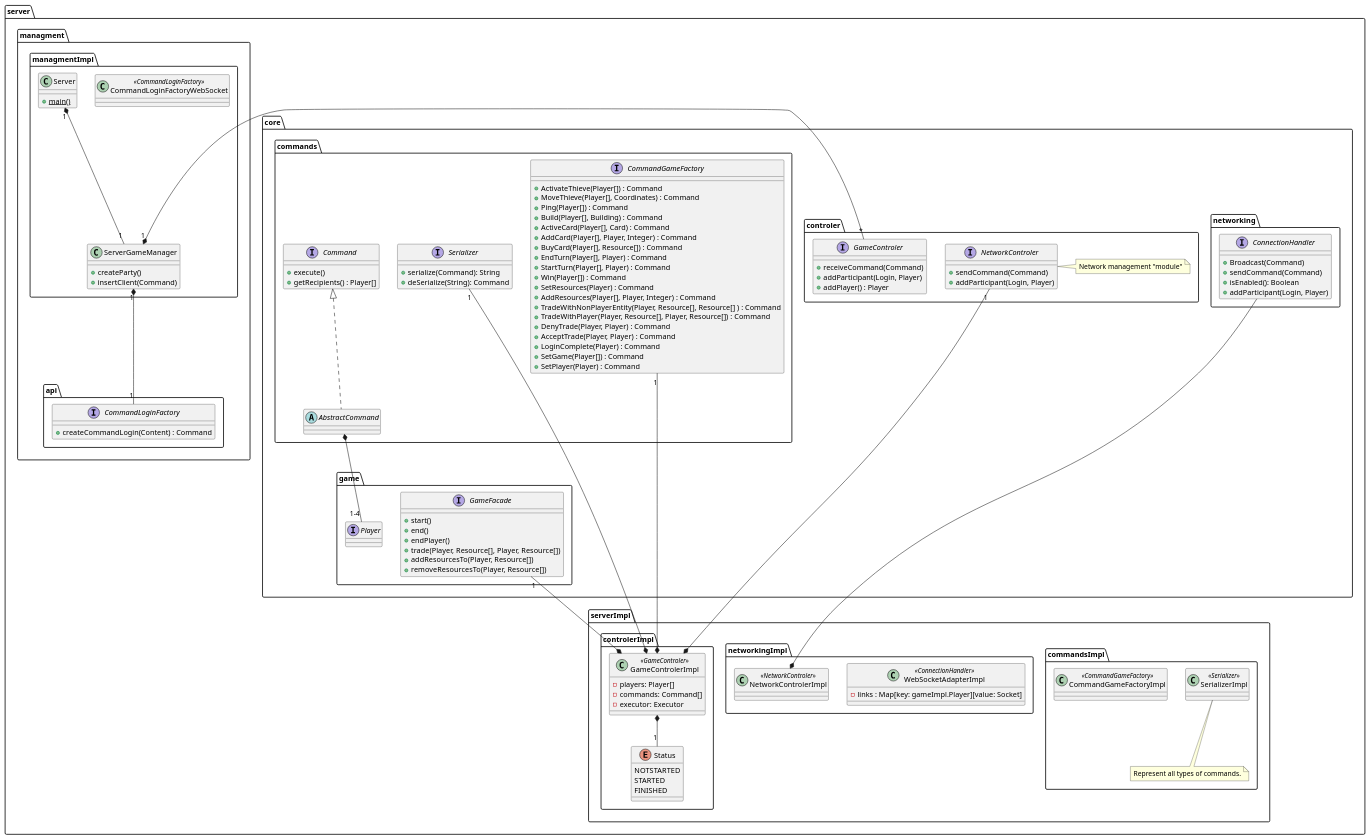
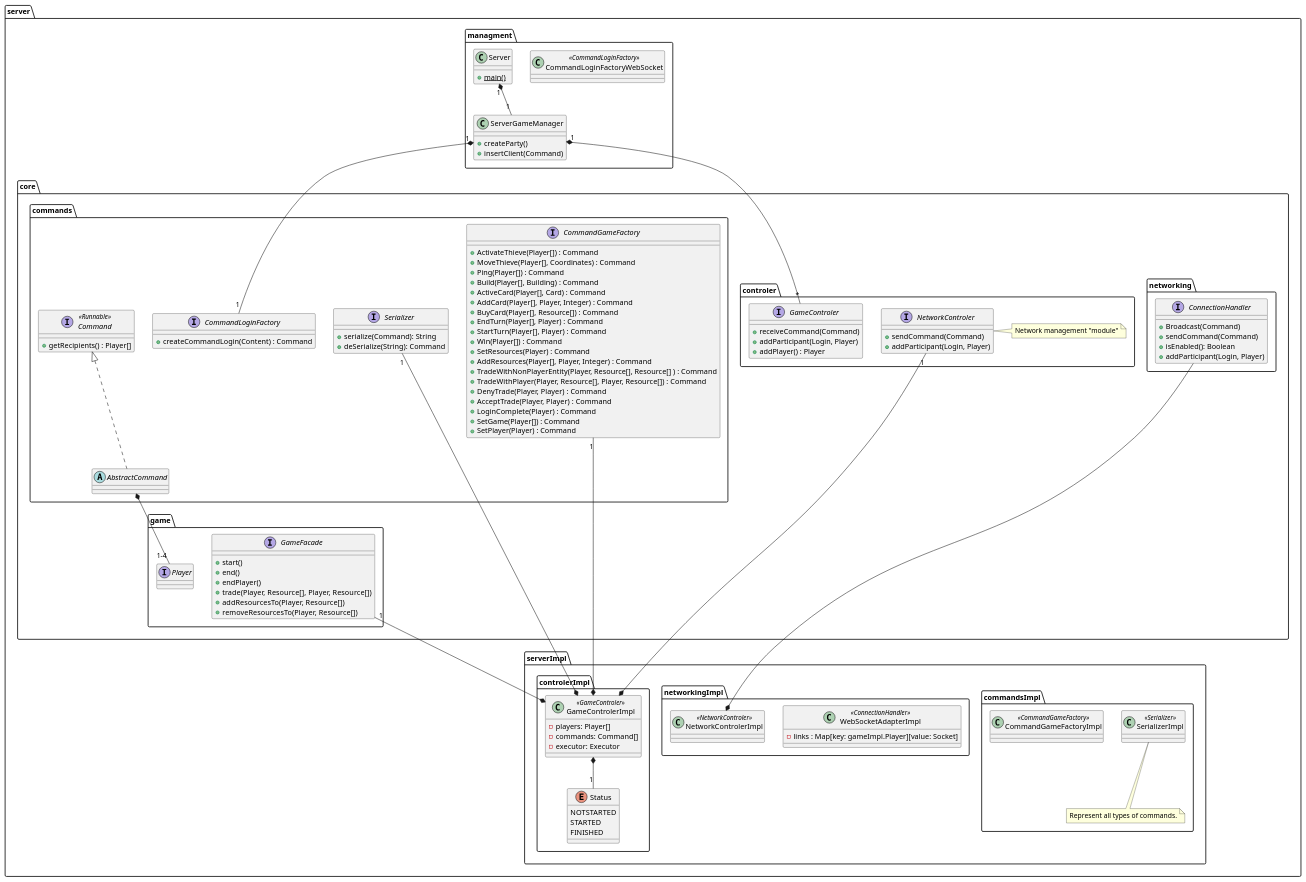
One commit to theray1/Les-Colons-De-Catane changed the diagram in catan-doc/modules/conception/pages/classDiagramServer.plantuml. Above: the diagram before and after it, drawn with PlantUML. The commit also changed 1 other file, not shown here.

Commit message:
command -> command extends Runnable

```diff
--- a/catan-doc/modules/conception/pages/classDiagramServer.plantuml
+++ b/catan-doc/modules/conception/pages/classDiagramServer.plantuml
@@ -1,144 +1,139 @@
 @startuml
 package server {
     package core {
         package game {
         	interface Player{}
             interface GameFacade {
 	        	+start()
 	        	+end()
 	        	+endPlayer()
 	        	+trade(Player, Resource[], Player, Resource[])
 	        	+addResourcesTo(Player, Resource[])
 	        	+removeResourcesTo(Player, Resource[])
             }
         }
         package commands {
+        	interface CommandLoginFactory{
+	    		+createCommandLogin(Content) : Command
+	    	}
+	    	
             interface CommandGameFactory {
             	+ActivateThieve(Player[]) : Command
             	+MoveThieve(Player[], Coordinates) : Command
             	+Ping(Player[]) : Command
             	+Build(Player[], Building) : Command
             	+ActiveCard(Player[], Card) : Command
             	+AddCard(Player[], Player, Integer) : Command
             	+BuyCard(Player[], Resource[]) : Command
             	+EndTurn(Player[], Player) : Command
             	+StartTurn(Player[], Player) : Command
             	+Win(Player[]) : Command
             	+SetResources(Player) : Command
             	+AddResources(Player[], Player, Integer) : Command
             	+TradeWithNonPlayerEntity(Player, Resource[], Resource[] ) : Command
             	+TradeWithPlayer(Player, Resource[], Player, Resource[]) : Command
             	+DenyTrade(Player, Player) : Command
             	+AcceptTrade(Player, Player) : Command
             	+LoginComplete(Player) : Command
             	+SetGame(Player[]) : Command
             	+SetPlayer(Player) : Command
             }
-            interface Command {
-                +execute()
+            interface Command <<Runnable>>{
                 +getRecipients() : Player[]
             }
 
             interface Serializer {
                 +serialize(Command): String
                 +deSerialize(String): Command
             }
             
             abstract AbstractCommand implements Command{}
         }
 
         package networking {
             interface ConnectionHandler {
                 +Broadcast(Command)
                 +sendCommand(Command)
                 +isEnabled(): Boolean
                 +addParticipant(Login, Player)
             }
         }
 
         package controler {
             interface NetworkControler {
             	+sendCommand(Command)
             	+addParticipant(Login, Player)
             }
             note right: Network management "module"
 
             interface GameControler {
                 +receiveCommand(Command)
                 +addParticipant(Login, Player)
                 +addPlayer() : Player
             }
 
         }
 
     }
       
     package serverImpl {
         package commandsImpl {
             class SerializerImpl <<Serializer>>{}
             note bottom : Represent all types of commands.
             class CommandGameFactoryImpl <<CommandGameFactory>>{}
             AbstractCommand *-- "1-4"  Player
         }
 
         package networkingImpl {
             class WebSocketAdapterImpl <<ConnectionHandler>>{
                -links : Map[key: gameImpl.Player][value: Socket]
             }
             class NetworkControlerImpl <<NetworkControler>>{}
             
             NetworkControlerImpl *-up- ConnectionHandler
 		   
         }
         package controlerImpl {
         
 	        Enum Status{
     	   		NOTSTARTED
     	   		STARTED
     	   		FINISHED
 	        }
 
             class GameControlerImpl <<GameControler>>{
                 -players: Player[]
                 -commands: Command[]
 				-executor: Executor
             }
             GameControlerImpl *-up- "1" CommandGameFactory
             GameControlerImpl *-up- "1" NetworkControler
             GameControlerImpl *-up- "1" GameFacade
             GameControlerImpl *-up- "1" Serializer
             GameControlerImpl *-- "1" Status
             
         }
     }
  
     
     package managment{
-    	package api{
-    		interface CommandLoginFactory{
-	    		+createCommandLogin(Content) : Command
-	    	}
-    	}
     	
-    	package managmentImpl{
     		class CommandLoginFactoryWebSocket <<CommandLoginFactory>>{}
-    		
 		    
 		    class ServerGameManager{
 		    	+createParty()
 		    	+insertClient(Command)
 		    }
 			
 		    class Server {
 		        {static}+main()
 		    }
 		    
 		    ServerGameManager "1" *-right- "*" GameControler
 		    ServerGameManager "1" *-down- "1" CommandLoginFactory
 		    Server "1" *-down- "1" ServerGameManager
-    	}
     
     }
 
 }
 @enduml
```
